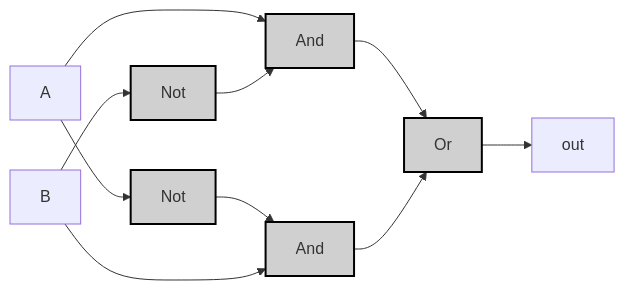
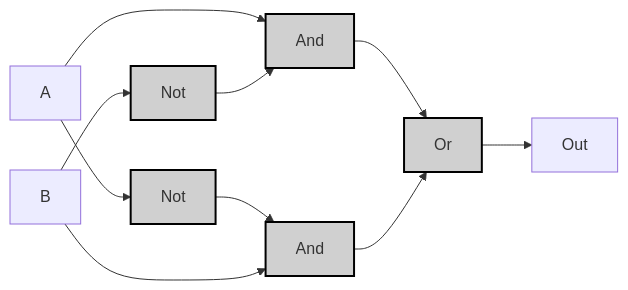
The first of 2 diagrams in 99_Projects/Nand2Tetris/HackHDL/04_Xor.md (MeJamoLeo/Vault_Templates), drawn with Mermaid before and after one commit. The commit also changed other lines of this file, not shown here.

````diff
--- a/99_Projects/Nand2Tetris/HackHDL/04_Xor.md
+++ b/99_Projects/Nand2Tetris/HackHDL/04_Xor.md
@@ -62,14 +62,14 @@
 ```mermaid
 graph LR;
     A["A"] --> NotA["Not"]:::gate
     B["B"] --> NotB["Not"]:::gate
     A --> And1["And"]:::gate
     NotB --> And1
     NotA --> And2["And"]:::gate
     B --> And2
     And1 --> Or0["Or"]:::gate
     And2 --> Or0
-    Or0 --> OUT["out"]
+    Or0 --> OUT["Out"]
     
     classDef gate fill:#d0d0d0,stroke:#000,stroke-width:2px;
 ```
````
